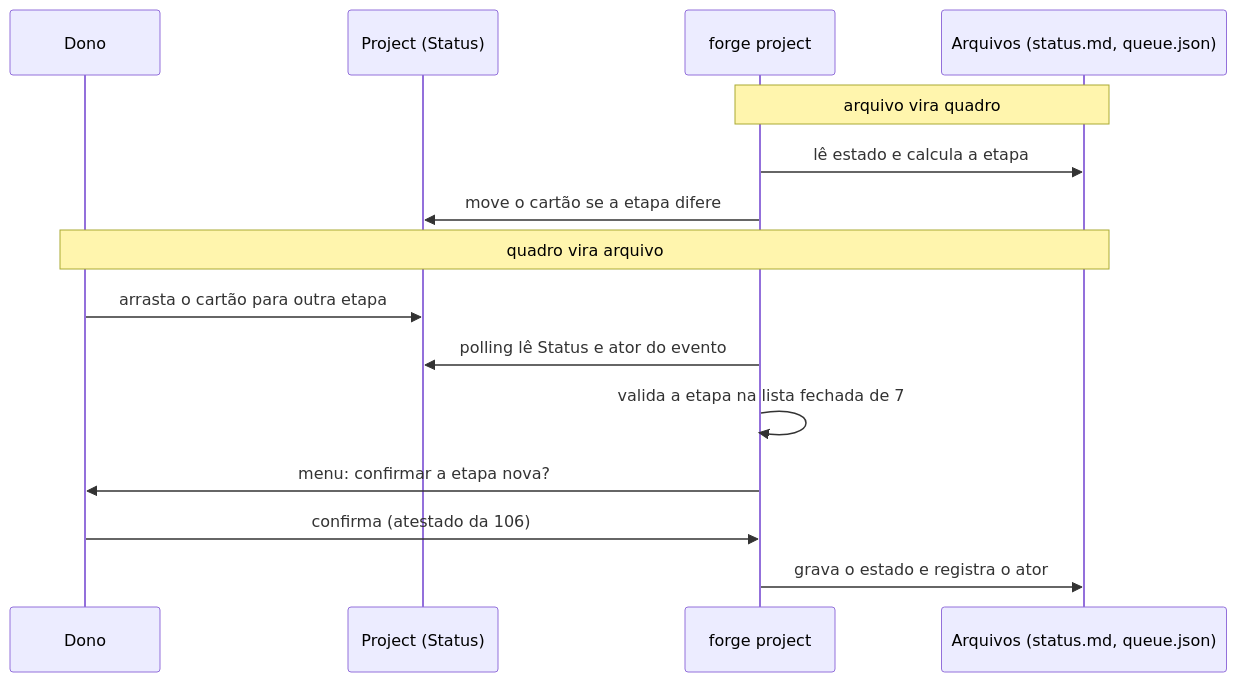
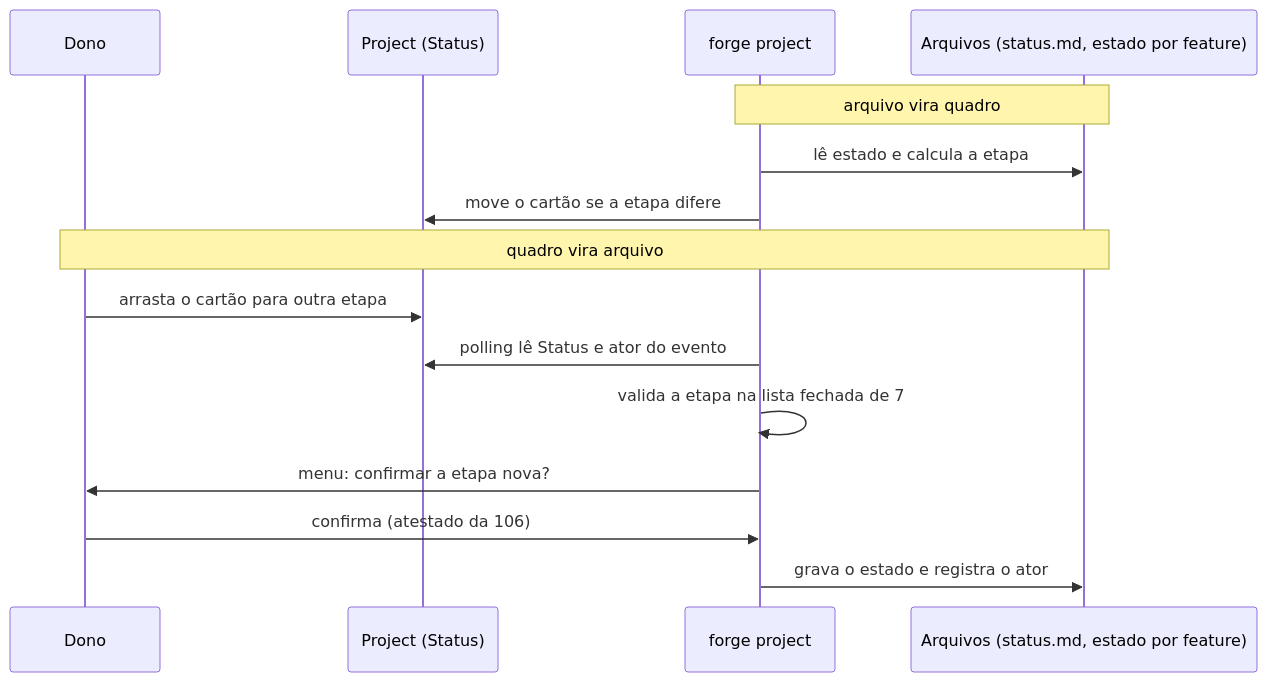
One commit to nathanramorim/forge-sdd changed the diagram in sdd/discovery/108-project-github-espelho-do-ciclo/diagramas/sequencia.mmd. Above: the diagram before and after it, drawn with Mermaid. The commit also changed 10 other files, not shown here.

First line of the commit message:
docs(108): fecho completo de dependências, estado por feature e PR único da Constituição

```diff
--- a/sdd/discovery/108-project-github-espelho-do-ciclo/diagramas/sequencia.mmd
+++ b/sdd/discovery/108-project-github-espelho-do-ciclo/diagramas/sequencia.mmd
@@ -1,15 +1,15 @@
 sequenceDiagram
   participant H as Dono
   participant P as Project (Status)
   participant F as forge project
-  participant A as Arquivos (status.md, queue.json)
+  participant A as Arquivos (status.md, estado por feature)
   Note over F,A: arquivo vira quadro
   F->>A: lê estado e calcula a etapa
   F->>P: move o cartão se a etapa difere
   Note over H,A: quadro vira arquivo
   H->>P: arrasta o cartão para outra etapa
   F->>P: polling lê Status e ator do evento
   F->>F: valida a etapa na lista fechada de 7
   F->>H: menu: confirmar a etapa nova?
   H->>F: confirma (atestado da 106)
   F->>A: grava o estado e registra o ator
```
